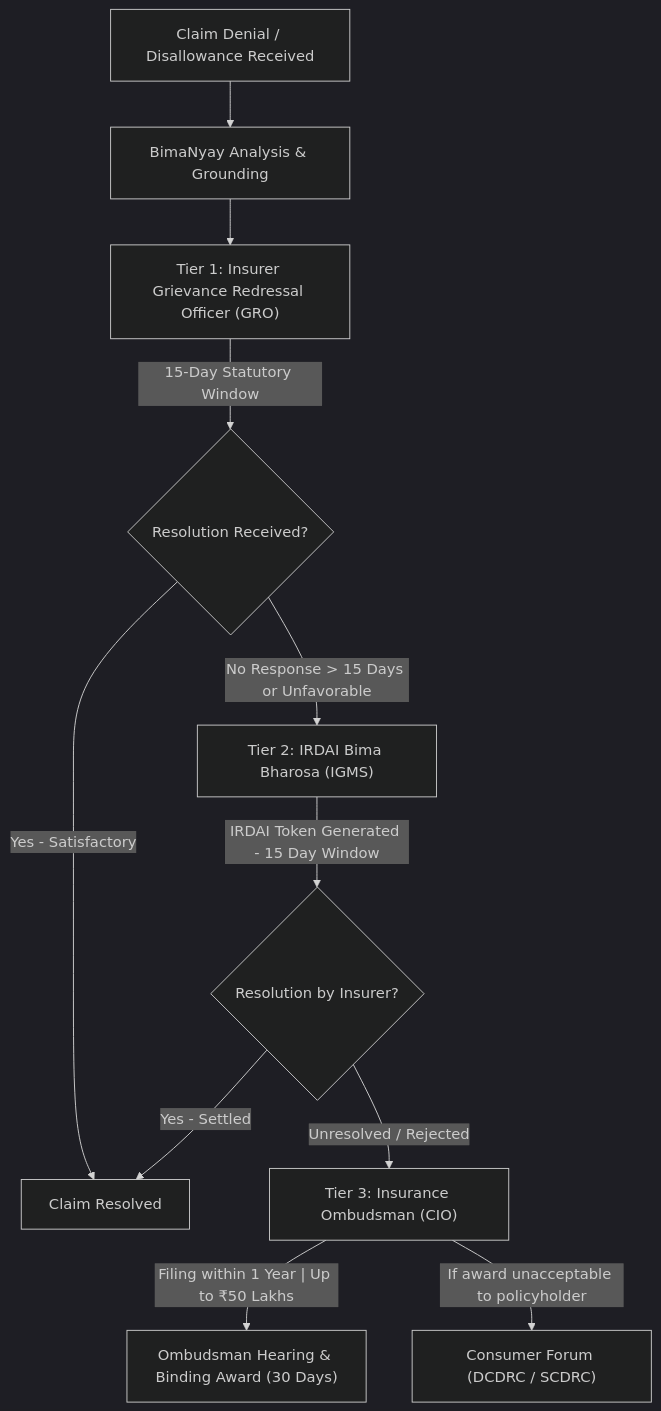
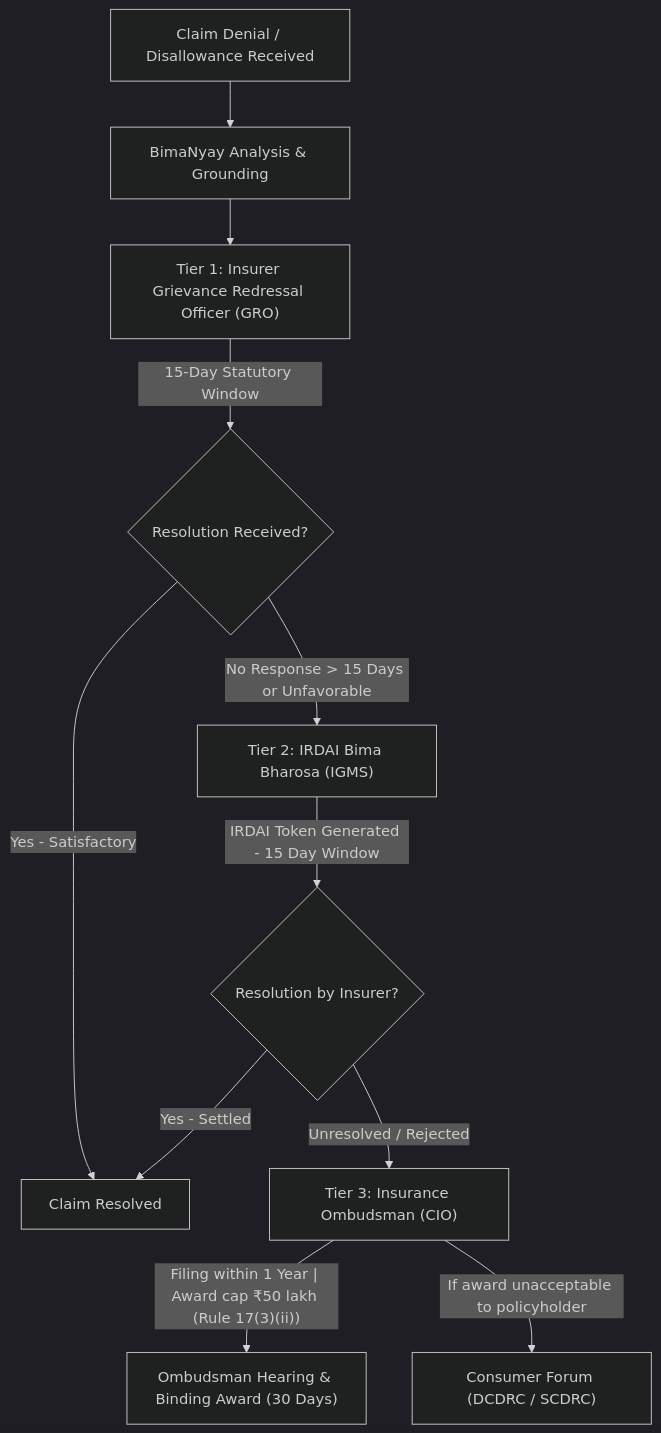
One commit to Viraj281105/Arogyarakshak changed the second of 3 diagrams in docs/architecture/bimanyay-and-mobile.md. Above: the diagram before and after it, drawn with Mermaid (dark theme). The commit also changed other lines of this file and 7 other files, not shown here.

````diff
--- a/docs/architecture/bimanyay-and-mobile.md
+++ b/docs/architecture/bimanyay-and-mobile.md
@@ -57,13 +57,13 @@
 ```mermaid
 flowchart TD
     A["Claim Denial / Disallowance Received"] --> B["BimaNyay Analysis & Grounding"]
     B --> C["Tier 1: Insurer Grievance Redressal Officer (GRO)"]
     C -->|"15-Day Statutory Window"| D{"Resolution Received?"}
     D -->|"Yes - Satisfactory"| E["Claim Resolved"]
     D -->|"No Response > 15 Days or Unfavorable"| F["Tier 2: IRDAI Bima Bharosa (IGMS)"]
     F -->|"IRDAI Token Generated - 15 Day Window"| G{"Resolution by Insurer?"}
     G -->|"Yes - Settled"| E
     G -->|"Unresolved / Rejected"| H["Tier 3: Insurance Ombudsman (CIO)"]
-    H -->|"Filing within 1 Year | Up to ₹50 Lakhs"| I["Ombudsman Hearing & Binding Award (30 Days)"]
+    H -->|"Filing within 1 Year | Award cap ₹50 lakh (Rule 17(3)(ii))"| I["Ombudsman Hearing & Binding Award (30 Days)"]
     H -->|"If award unacceptable to policyholder"| J["Consumer Forum (DCDRC / SCDRC)"]
 ```
````
